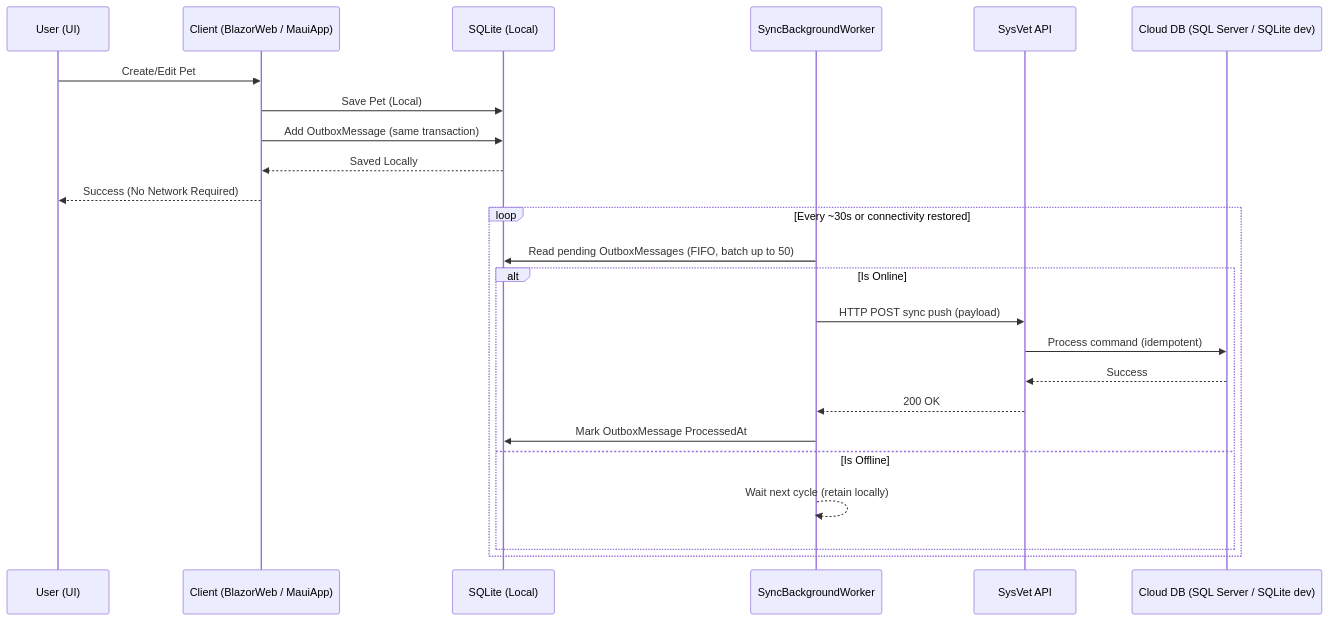
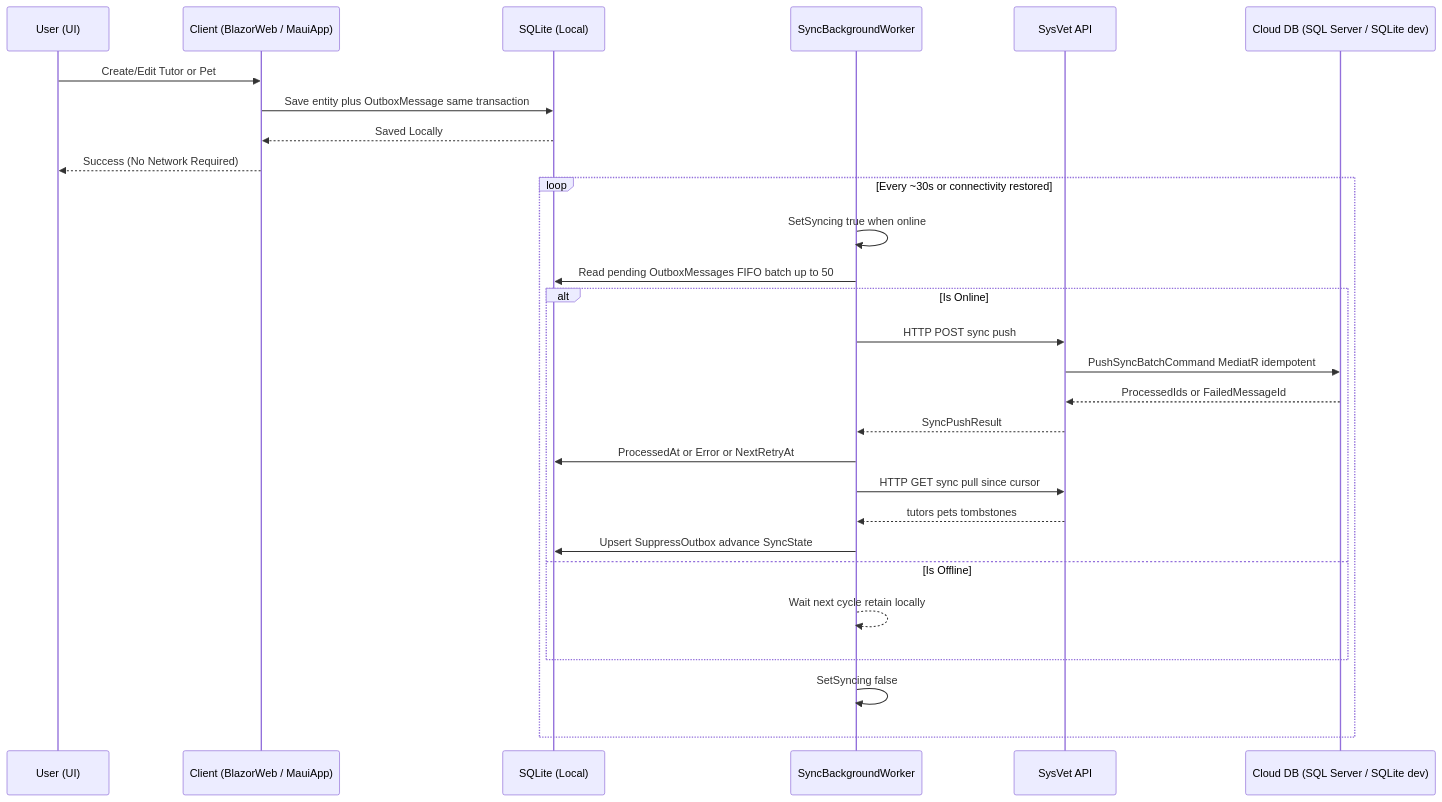
The diagram in docs/diagramas/sync-sequence.mmd (ronaldocestrela/sysvet), drawn with Mermaid before and after one commit. The commit also changed 64 other files, not shown here.

```diff
--- a/docs/diagramas/sync-sequence.mmd
+++ b/docs/diagramas/sync-sequence.mmd
@@ -1,26 +1,30 @@
 sequenceDiagram
     participant U as User (UI)
     participant C as Client (BlazorWeb / MauiApp)
     participant DB as SQLite (Local)
     participant B as SyncBackgroundWorker
     participant API as SysVet API
     participant CDB as Cloud DB (SQL Server / SQLite dev)
 
-    U->>C: Create/Edit Pet
-    C->>DB: Save Pet (Local)
-    C->>DB: Add OutboxMessage (same transaction)
+    U->>C: Create/Edit Tutor or Pet
+    C->>DB: Save entity plus OutboxMessage same transaction
     DB-->>C: Saved Locally
     C-->>U: Success (No Network Required)
 
     loop Every ~30s or connectivity restored
-        B->>DB: Read pending OutboxMessages (FIFO, batch up to 50)
+        B->>B: SetSyncing true when online
+        B->>DB: Read pending OutboxMessages FIFO batch up to 50
         alt Is Online
-            B->>API: HTTP POST sync push (payload)
-            API->>CDB: Process command (idempotent)
-            CDB-->>API: Success
-            API-->>B: 200 OK
-            B->>DB: Mark OutboxMessage ProcessedAt
+            B->>API: HTTP POST sync push
+            API->>CDB: PushSyncBatchCommand MediatR idempotent
+            CDB-->>API: ProcessedIds or FailedMessageId
+            API-->>B: SyncPushResult
+            B->>DB: ProcessedAt or Error or NextRetryAt
+            B->>API: HTTP GET sync pull since cursor
+            API-->>B: tutors pets tombstones
+            B->>DB: Upsert SuppressOutbox advance SyncState
         else Is Offline
-            B-->>B: Wait next cycle (retain locally)
+            B-->>B: Wait next cycle retain locally
         end
+        B->>B: SetSyncing false
     end
```
